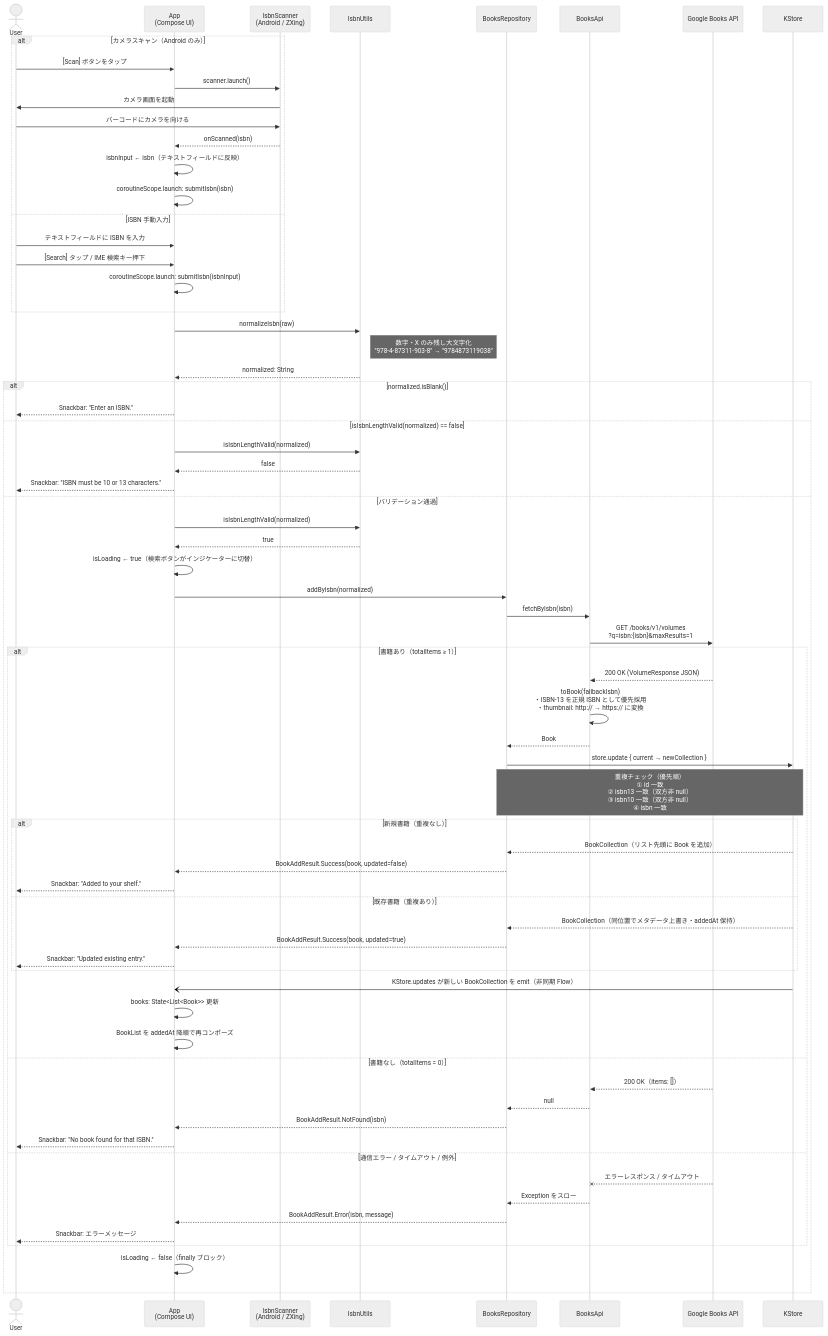
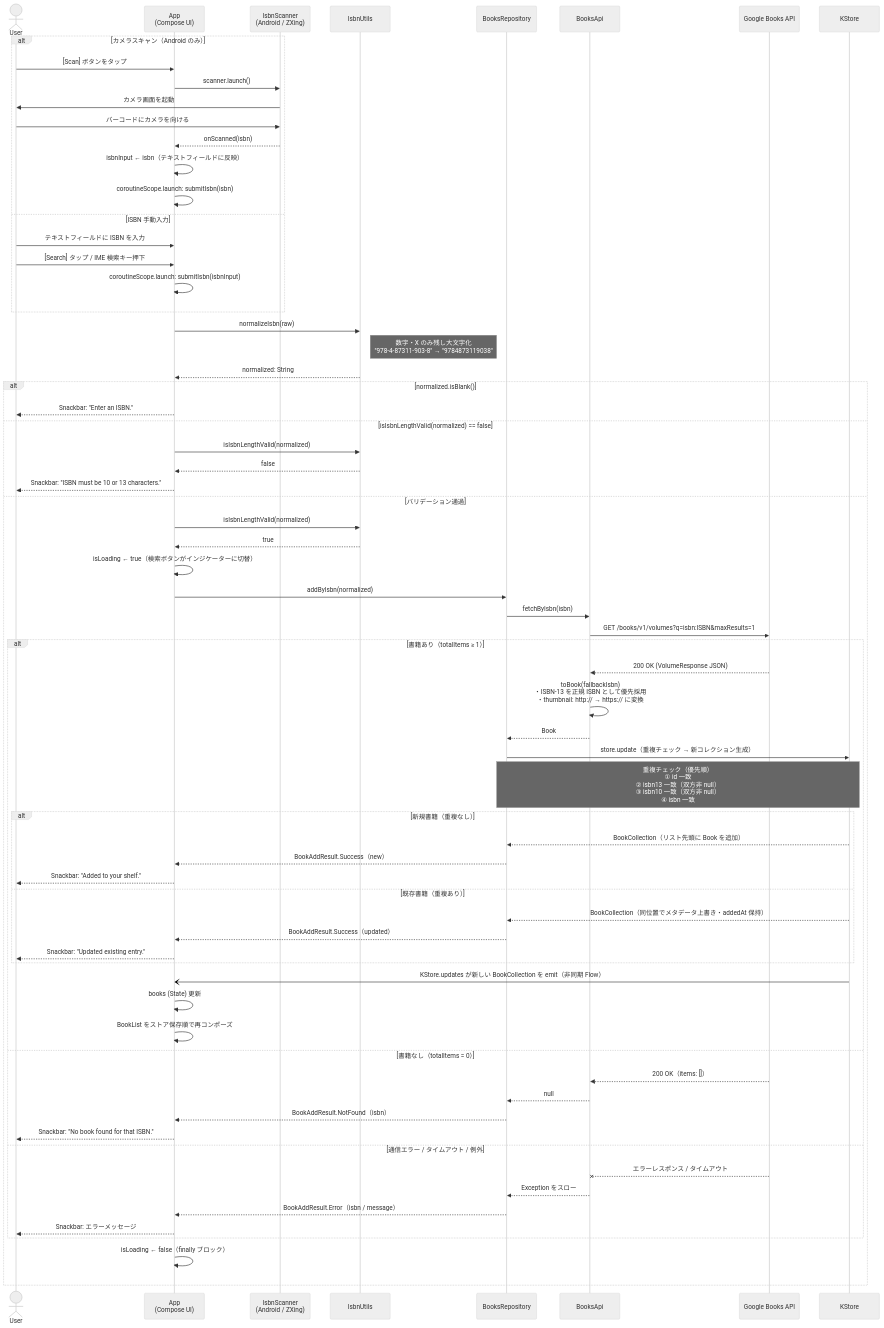
One commit to nakasho-dev/Recobook changed the first of 2 diagrams in BASIC_DESIGN.md. Above: the diagram before and after it, drawn with Mermaid (neutral theme). The commit also changed other lines of this file and 6 other files, not shown here.

Commit message:
Implement drag-and-drop reordering for book list and update design document

````diff
--- a/BASIC_DESIGN.md
+++ b/BASIC_DESIGN.md
@@ -454,82 +466,82 @@
 ```mermaid
 sequenceDiagram
     actor User
     participant App as App<br/>(Compose UI)
     participant Scanner as IsbnScanner<br/>(Android / ZXing)
     participant Utils as IsbnUtils
     participant Repo as BooksRepository
     participant Api as BooksApi
     participant GBooks as Google Books API
     participant Store as KStore
 
     alt カメラスキャン（Android のみ）
         User->>App: [Scan] ボタンをタップ
         App->>Scanner: scanner.launch()
         Scanner->>User: カメラ画面を起動
         User->>Scanner: バーコードにカメラを向ける
         Scanner-->>App: onScanned(isbn)
         App->>App: isbnInput ← isbn（テキストフィールドに反映）
         App->>App: coroutineScope.launch: submitIsbn(isbn)
     else ISBN 手動入力
         User->>App: テキストフィールドに ISBN を入力
         User->>App: [Search] タップ / IME 検索キー押下
         App->>App: coroutineScope.launch: submitIsbn(isbnInput)
     end
 
     App->>Utils: normalizeIsbn(raw)
     Note right of Utils: 数字・X のみ残し大文字化<br/>"978-4-87311-903-8" → "9784873119038"
     Utils-->>App: normalized: String
 
     alt normalized.isBlank()
         App-->>User: Snackbar: "Enter an ISBN."
     else isIsbnLengthValid(normalized) == false
         App->>Utils: isIsbnLengthValid(normalized)
         Utils-->>App: false
         App-->>User: Snackbar: "ISBN must be 10 or 13 characters."
     else バリデーション通過
         App->>Utils: isIsbnLengthValid(normalized)
         Utils-->>App: true
         App->>App: isLoading ← true（検索ボタンがインジケーターに切替）
 
         App->>Repo: addByIsbn(normalized)
         Repo->>Api: fetchByIsbn(isbn)
-        Api->>GBooks: GET /books/v1/volumes<br/>?q=isbn:{isbn}&maxResults=1
+        Api->>GBooks: GET /books/v1/volumes?q=isbn:ISBN&maxResults=1
 
         alt 書籍あり（totalItems ≥ 1）
             GBooks-->>Api: 200 OK (VolumeResponse JSON)
             Api->>Api: toBook(fallbackIsbn)<br/>・ISBN-13 を正規 ISBN として優先採用<br/>・thumbnail: http:// → https:// に変換
             Api-->>Repo: Book
 
-            Repo->>Store: store.update { current → newCollection }
+            Repo->>Store: store.update（重複チェック → 新コレクション生成）
             Note over Repo,Store: 重複チェック（優先順）<br/>① id 一致<br/>② isbn13 一致（双方非 null）<br/>③ isbn10 一致（双方非 null）<br/>④ isbn 一致
 
             alt 新規書籍（重複なし）
                 Store-->>Repo: BookCollection（リスト先頭に Book を追加）
-                Repo-->>App: BookAddResult.Success(book, updated=false)
+                Repo-->>App: BookAddResult.Success（new）
                 App-->>User: Snackbar: "Added to your shelf."
             else 既存書籍（重複あり）
                 Store-->>Repo: BookCollection（同位置でメタデータ上書き・addedAt 保持）
-                Repo-->>App: BookAddResult.Success(book, updated=true)
+                Repo-->>App: BookAddResult.Success（updated）
                 App-->>User: Snackbar: "Updated existing entry."
             end
 
             Store-)App: KStore.updates が新しい BookCollection を emit（非同期 Flow）
-            App->>App: books: State<List<Book>> 更新
-            App->>App: BookList を addedAt 降順で再コンポーズ
+            App->>App: books (State) 更新
+            App->>App: BookList をストア保存順で再コンポーズ
 
         else 書籍なし（totalItems = 0）
             GBooks-->>Api: 200 OK（items: []）
             Api-->>Repo: null
-            Repo-->>App: BookAddResult.NotFound(isbn)
+            Repo-->>App: BookAddResult.NotFound（isbn）
             App-->>User: Snackbar: "No book found for that ISBN."
 
         else 通信エラー / タイムアウト / 例外
             GBooks--xApi: エラーレスポンス / タイムアウト
             Api-->>Repo: Exception をスロー
-            Repo-->>App: BookAddResult.Error(isbn, message)
+            Repo-->>App: BookAddResult.Error（isbn / message）
             App-->>User: Snackbar: エラーメッセージ
         end
 
         App->>App: isLoading ← false（finally ブロック）
     end
 ```
````
